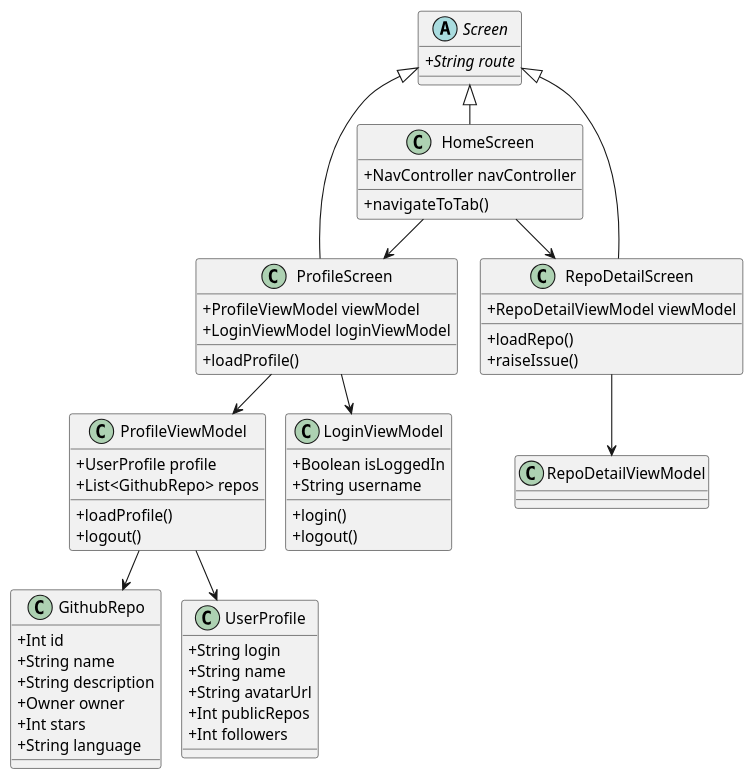
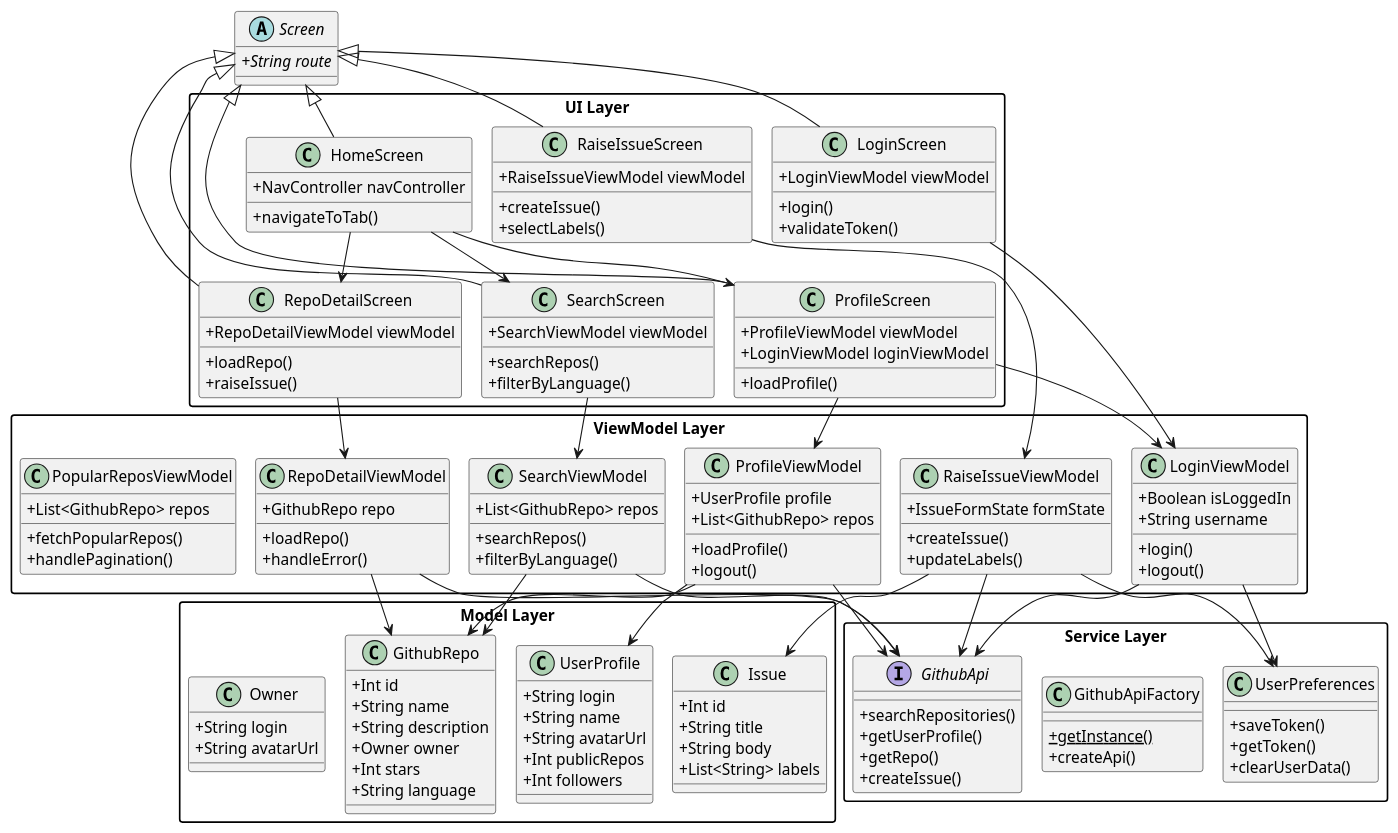
The diagram in diagrams/classes.plantuml (410063005/aOS), drawn with PlantUML before and after one commit. The commit also changed 2 other files, not shown here.

```diff
--- a/diagrams/classes.plantuml
+++ b/diagrams/classes.plantuml
@@ -1,79 +1,178 @@
 @startuml GitHubAppCoreClasses
 !pragma layout smetana
 ' Style settings
 skinparam classAttributeIconSize 0
 skinparam packageStyle rectangle
 skinparam linetype ortho
 
-' Core Screens
-class HomeScreen {
-    + NavController navController
-    + navigateToTab()
+' UI Layer
+package "UI Layer" {
+    class HomeScreen {
+        + NavController navController
+        + navigateToTab()
+    }
+
+    class ProfileScreen {
+        + ProfileViewModel viewModel
+        + LoginViewModel loginViewModel
+        + loadProfile()
+    }
+
+    class RepoDetailScreen {
+        + RepoDetailViewModel viewModel
+        + loadRepo()
+        + raiseIssue()
+    }
+
+    class SearchScreen {
+        + SearchViewModel viewModel
+        + searchRepos()
+        + filterByLanguage()
+    }
+
+    class LoginScreen {
+        + LoginViewModel viewModel
+        + login()
+        + validateToken()
+    }
+
+    class RaiseIssueScreen {
+        + RaiseIssueViewModel viewModel
+        + createIssue()
+        + selectLabels()
+    }
 }
 
-class ProfileScreen {
-    + ProfileViewModel viewModel
-    + LoginViewModel loginViewModel
-    + loadProfile()
+' ViewModel Layer
+package "ViewModel Layer" {
+    class ProfileViewModel {
+        + UserProfile profile
+        + List<GithubRepo> repos
+        + loadProfile()
+        + logout()
+    }
+
+    class LoginViewModel {
+        + Boolean isLoggedIn
+        + String username
+        + login()
+        + logout()
+    }
+
+    class RepoDetailViewModel {
+        + GithubRepo repo
+        + loadRepo()
+        + handleError()
+    }
+
+    class SearchViewModel {
+        + List<GithubRepo> repos
+        + searchRepos()
+        + filterByLanguage()
+    }
+
+    class RaiseIssueViewModel {
+        + IssueFormState formState
+        + createIssue()
+        + updateLabels()
+    }
+
+    class PopularReposViewModel {
+        + List<GithubRepo> repos
+        + fetchPopularRepos()
+        + handlePagination()
+    }
 }
 
-class RepoDetailScreen {
-    + RepoDetailViewModel viewModel
-    + loadRepo()
-    + raiseIssue()
+' Model Layer
+package "Model Layer" {
+    class GithubRepo {
+        + Int id
+        + String name
+        + String description
+        + Owner owner
+        + Int stars
+        + String language
+    }
+
+    class UserProfile {
+        + String login
+        + String name
+        + String avatarUrl
+        + Int publicRepos
+        + Int followers
+    }
+
+    class Issue {
+        + Int id
+        + String title
+        + String body
+        + List<String> labels
+    }
+
+    class Owner {
+        + String login
+        + String avatarUrl
+    }
 }
 
-' Core ViewModels
-class ProfileViewModel {
-    + UserProfile profile
-    + List<GithubRepo> repos
-    + loadProfile()
-    + logout()
-}
+' Service Layer
+package "Service Layer" {
+    interface GithubApi {
+        + searchRepositories()
+        + getUserProfile()
+        + getRepo()
+        + createIssue()
+    }
 
-class LoginViewModel {
-    + Boolean isLoggedIn
-    + String username
-    + login()
-    + logout()
-}
+    class GithubApiFactory {
+        + {static} getInstance()
+        + createApi()
+    }
 
-' Core Models
-class GithubRepo {
-    + Int id
-    + String name
-    + String description
-    + Owner owner
-    + Int stars
-    + String language
-}
-
-class UserProfile {
-    + String login
-    + String name
-    + String avatarUrl
-    + Int publicRepos
-    + Int followers
+    class UserPreferences {
+        + saveToken()
+        + getToken()
+        + clearUserData()
+    }
 }
 
 ' Navigation
 abstract class Screen {
     + {abstract} String route
 }
 
 ' Key Relationships
 HomeScreen --> ProfileScreen
 HomeScreen --> RepoDetailScreen
+HomeScreen --> SearchScreen
 ProfileScreen --> ProfileViewModel
 ProfileScreen --> LoginViewModel
 RepoDetailScreen --> RepoDetailViewModel
+SearchScreen --> SearchViewModel
+LoginScreen --> LoginViewModel
+RaiseIssueScreen --> RaiseIssueViewModel
 
 ProfileViewModel --> UserProfile
 ProfileViewModel --> GithubRepo
+RepoDetailViewModel --> GithubRepo
+SearchViewModel --> GithubRepo
+RaiseIssueViewModel --> Issue
+
+ProfileViewModel --> GithubApi
+LoginViewModel --> GithubApi
+RepoDetailViewModel --> GithubApi
+SearchViewModel --> GithubApi
+RaiseIssueViewModel --> GithubApi
+
+LoginViewModel --> UserPreferences
+RaiseIssueViewModel --> UserPreferences
 
 Screen <|-- HomeScreen
 Screen <|-- ProfileScreen
 Screen <|-- RepoDetailScreen
-
+Screen <|-- SearchScreen
+Screen <|-- LoginScreen
+Screen <|-- RaiseIssueScreen
 
 @enduml
```
